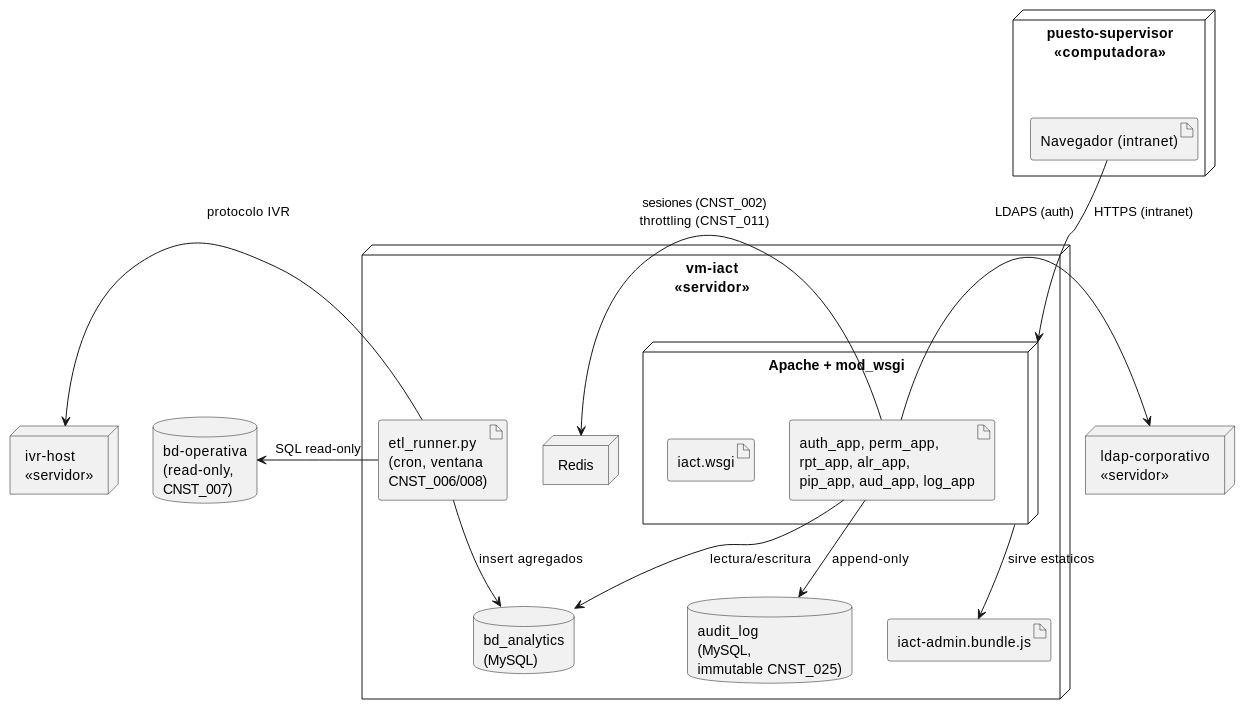
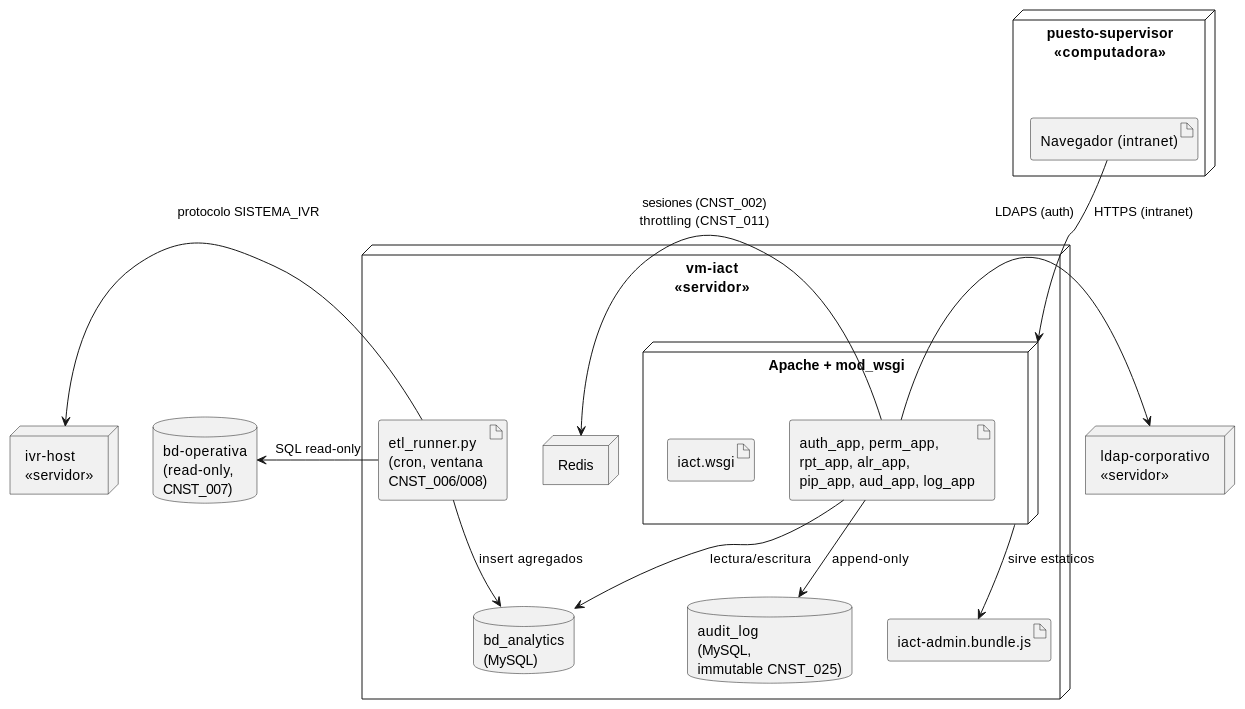
The diagram in source/requisitos/_metodologia-aplicacion/diagramas-distribucion/vista-de-despliegue-global-iact.rst (jcg-admin/IACT-docs), drawn with PlantUML before and after one commit. The commit also changed 99 other files, not shown here.

First line of the commit message:
Fix ABREV_CORTA aliases in PlantUML blocks (97 files)

```diff
--- a/source/requisitos/_metodologia-aplicacion/diagramas-distribucion/vista-de-despliegue-global-iact.rst
+++ b/source/requisitos/_metodologia-aplicacion/diagramas-distribucion/vista-de-despliegue-global-iact.rst
@@ -4,36 +4,36 @@
 .. uml::
 
    @startuml
 
    node "puesto-supervisor\n<<computadora>>" as PuestoSupervisor {
      artifact "Navegador (intranet)" as NavegadorIntranet
    }
 
    node "vm-iact\n<<servidor>>" as VmIact {
      node "Apache + mod_wsgi" as APACHE {
-       artifact "iact.wsgi" as WSGI
-       artifact "auth_app, perm_app,\nrpt_app, alr_app,\npip_app, aud_app, log_app" as APPS
+       artifact "iact.wsgi" as SERVIDOR_WSGI
+       artifact "auth_app, perm_app,\nrpt_app, alr_app,\npip_app, aud_app, log_app" as MODULOS_DJANGO
      }
-     node "Redis" as REDIS
-     database "bd_analytics\n(MySQL)" as BDA
-     database "audit_log\n(MySQL,\nimmutable CNST_025)" as AUDIT
-     artifact "etl_runner.py\n(cron, ventana\nCNST_006/008)" as ETL
+     node "Redis" as CACHE_REDIS
+     database "bd_analytics\n(MySQL)" as BD_ANALYTICS
+     database "audit_log\n(MySQL,\nimmutable CNST_025)" as TABLA_AUDIT_LOG
+     artifact "etl_runner.py\n(cron, ventana\nCNST_006/008)" as SERVICIO_ETL
      artifact "iact-admin.bundle.js" as UIBUNDLE
    }
 
-   node "ldap-corporativo\n<<servidor>>" as LDAP
+   node "ldap-corporativo\n<<servidor>>" as LDAP_CORPORATIVO
 
-   database "bd-operativa\n(read-only,\nCNST_007)" as BDO
+   database "bd-operativa\n(read-only,\nCNST_007)" as BD_OPERATIVA
 
-   node "ivr-host\n<<servidor>>" as IVR
+   node "ivr-host\n<<servidor>>" as SISTEMA_IVR
 
    NavegadorIntranet -down-> APACHE : HTTPS (intranet)
    APACHE -down-> UIBUNDLE : sirve estaticos
-   APPS -right-> REDIS : sesiones (CNST_002)\nthrottling (CNST_011)
-   APPS -down-> BDA : lectura/escritura
-   APPS -down-> AUDIT : append-only
-   APPS -right-> LDAP : LDAPS (auth)
-   ETL -left-> BDO : SQL read-only
-   ETL -left-> IVR : protocolo IVR
-   ETL -down-> BDA : insert agregados
+   MODULOS_DJANGO -right-> CACHE_REDIS : sesiones (CNST_002)\nthrottling (CNST_011)
+   MODULOS_DJANGO -down-> BD_ANALYTICS : lectura/escritura
+   MODULOS_DJANGO -down-> TABLA_AUDIT_LOG : append-only
+   MODULOS_DJANGO -right-> LDAP_CORPORATIVO : LDAPS (auth)
+   SERVICIO_ETL -left-> BD_OPERATIVA : SQL read-only
+   SERVICIO_ETL -left-> SISTEMA_IVR : protocolo SISTEMA_IVR
+   SERVICIO_ETL -down-> BD_ANALYTICS : insert agregados
    @enduml
```
